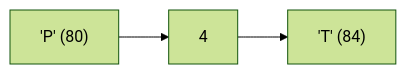
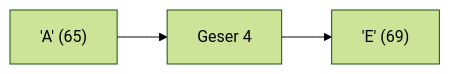
Diagram 14 of 25 in part-c-pemahaman-cpp/01-tipe-data/latihan/set-05.md (amnahwaida/OSNK_INF_PREP), drawn with Mermaid (forest theme) before and after one commit. The commit also changed other lines of this file and 71 other files, not shown here.

````diff
--- a/part-c-pemahaman-cpp/01-tipe-data/latihan/set-05.md
+++ b/part-c-pemahaman-cpp/01-tipe-data/latihan/set-05.md
@@ -347,5 +395,5 @@
 ```mermaid
 graph LR
-A["'P' (80)"] --> B["4"]
-B --> C["'T' (84)"]
+A["'A' (65)"] --> B["Geser 4"]
+B --> C["'E' (69)"]
 ```
````
